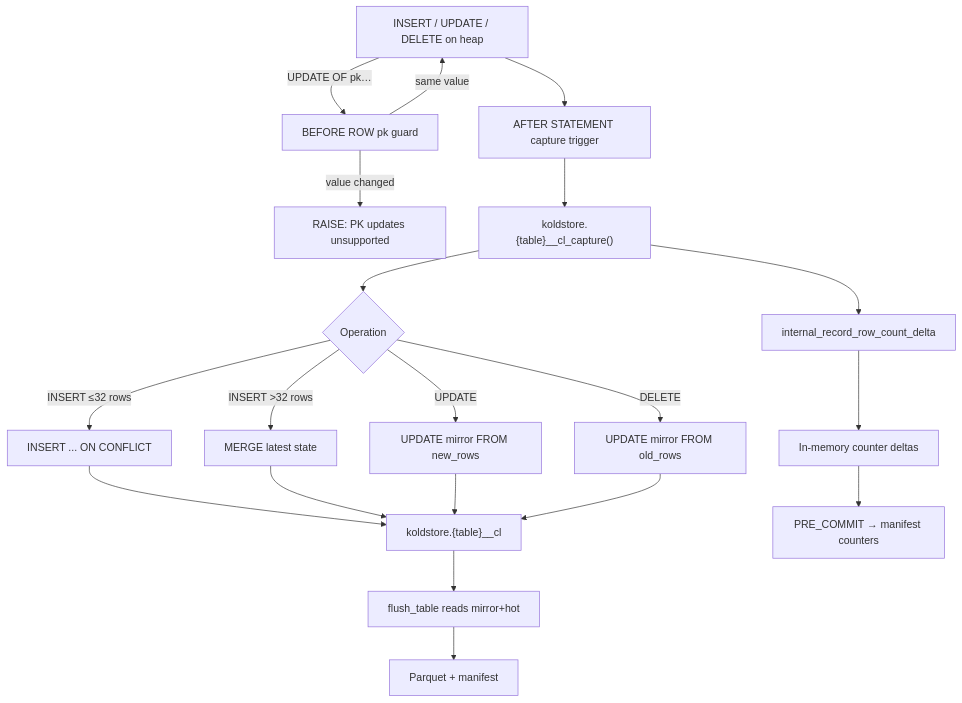
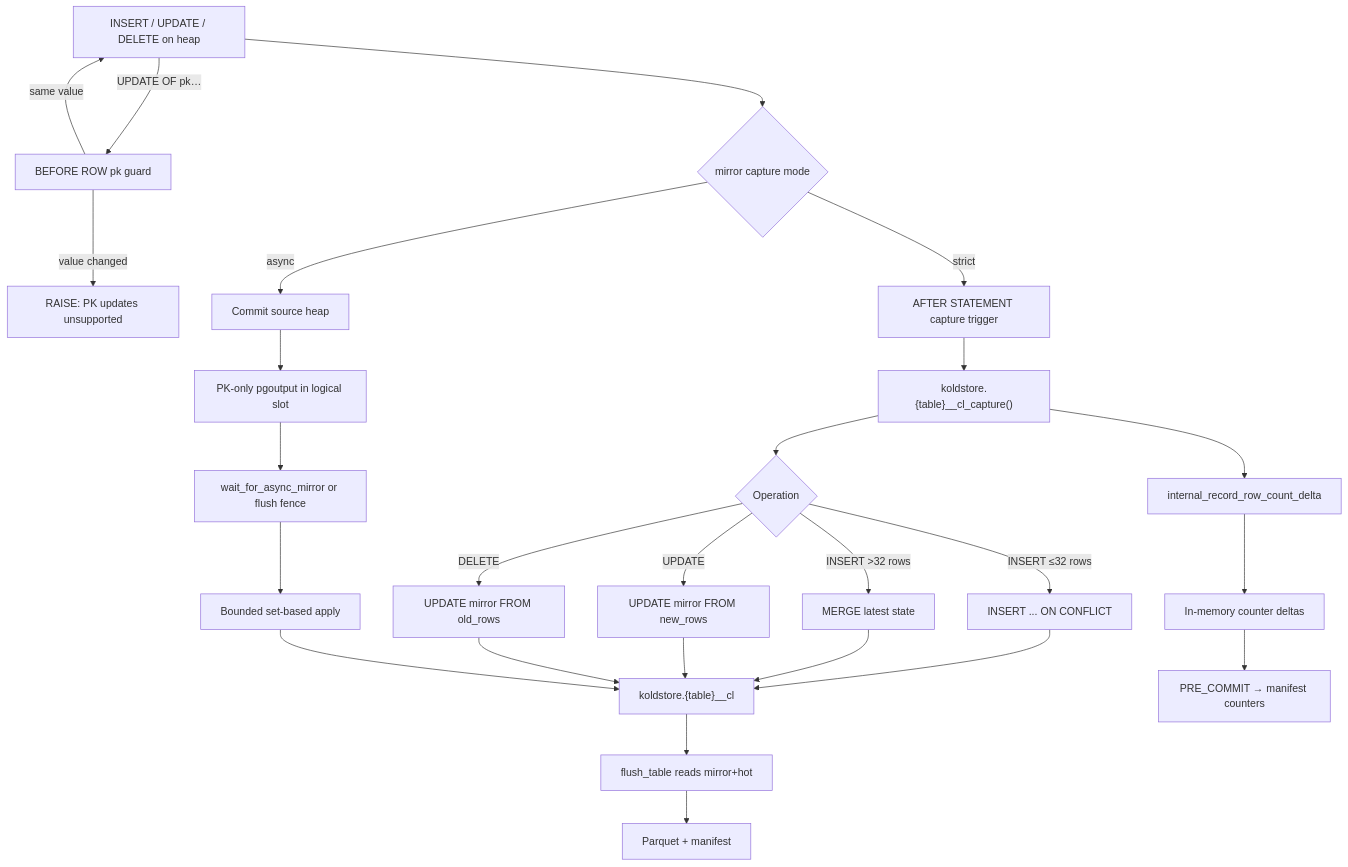
One commit to kalamdb/koldstore changed the first of 3 diagrams in docs/architecture/dml-table.md. Above: the diagram before and after it, drawn with Mermaid. The commit also changed other lines of this file and 61 other files, not shown here.

First line of the commit message:
Add optional async WAL-backed mirror capture

````diff
--- a/docs/architecture/dml-table.md
+++ b/docs/architecture/dml-table.md
@@ -35,22 +36,28 @@
 ```mermaid
 flowchart TD
-  DML["INSERT / UPDATE / DELETE on heap"] --> TRG["AFTER STATEMENT capture trigger"]
+  DML["INSERT / UPDATE / DELETE on heap"] --> MODE{"mirror capture mode"}
   DML -->|"UPDATE OF pk…"| PKG["BEFORE ROW pk guard"]
   PKG -->|"value changed"| ERR["RAISE: PK updates unsupported"]
   PKG -->|"same value"| DML
+  MODE -->|strict| TRG["AFTER STATEMENT capture trigger"]
+  MODE -->|async| COMMIT["Commit source heap"]
+  COMMIT --> WAL["PK-only pgoutput in logical slot"]
+  WAL --> FENCE["wait_for_async_mirror or flush fence"]
+  FENCE --> APPLY["Bounded set-based apply"]
   TRG --> CAP["koldstore.{table}__cl_capture()"]
   CAP --> KIND{"Operation"}
   KIND -->|"INSERT ≤32 rows"| UPSERT["INSERT ... ON CONFLICT"]
   KIND -->|"INSERT >32 rows"| MERGE["MERGE latest state"]
   KIND -->|"UPDATE"| DIRECTU["UPDATE mirror FROM new_rows"]
   KIND -->|"DELETE"| DIRECTD["UPDATE mirror FROM old_rows"]
   UPSERT --> MIR["koldstore.{table}__cl"]
   MERGE --> MIR
   DIRECTU --> MIR
   DIRECTD --> MIR
+  APPLY --> MIR
   CAP --> RC["internal_record_row_count_delta"]
   RC --> MEM["In-memory counter deltas"]
   MEM --> XACT["PRE_COMMIT → manifest counters"]
   MIR --> FLUSH["flush_table reads mirror+hot"]
   FLUSH --> PQ["Parquet + manifest"]
 ```
````
